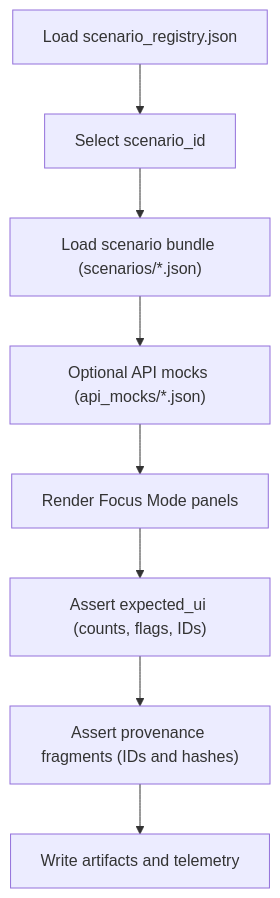
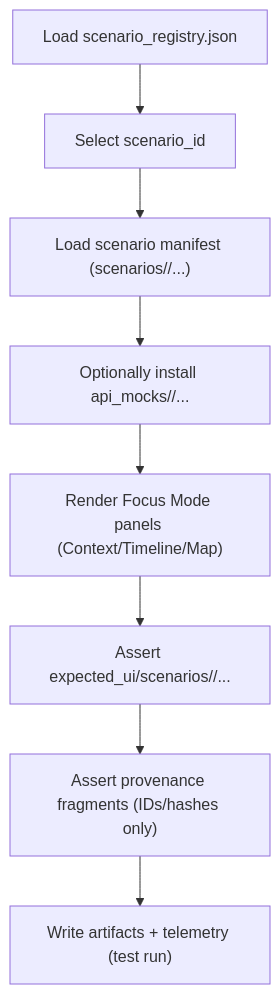
One commit to bartytime4life/Kansas-Frontier-Matrix changed the diagram in tests/e2e/web-app/regression/focus-mode/fixtures/README.md. Above: the diagram before and after it, drawn with Mermaid. The commit also changed other lines of this file, not shown here.

First line of the commit message:
Revise README.md for focus mode fixture guidelines

```diff
--- a/tests/e2e/web-app/regression/focus-mode/fixtures/README.md
+++ b/tests/e2e/web-app/regression/focus-mode/fixtures/README.md
@@ -197,10 +230,10 @@
 ~~~mermaid
 flowchart TD
   A["Load scenario_registry.json"] --> B["Select scenario_id"]
-  B --> C["Load scenario bundle (scenarios/*.json)"]
-  C --> D["Optional API mocks (api_mocks/*.json)"]
-  D --> E["Render Focus Mode panels"]
-  E --> F["Assert expected_ui (counts, flags, IDs)"]
-  F --> G["Assert provenance fragments (IDs and hashes)"]
-  G --> H["Write artifacts and telemetry"]
+  B --> C["Load scenario manifest (scenarios/<id>/...)"]
+  C --> D["Optionally install api_mocks/<id>/..."]
+  D --> E["Render Focus Mode panels (Context/Timeline/Map)"]
+  E --> F["Assert expected_ui/scenarios/<id>/..."]
+  F --> G["Assert provenance fragments (IDs/hashes only)"]
+  G --> H["Write artifacts + telemetry (test run)"]
 ~~~
```
